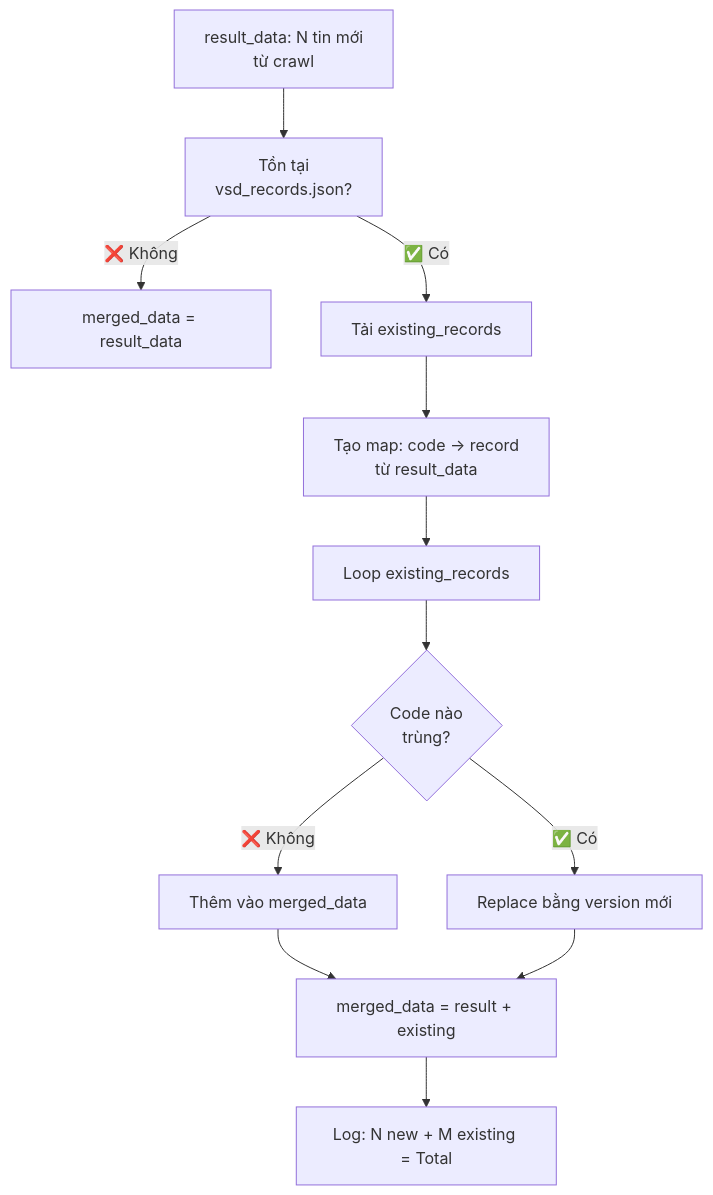
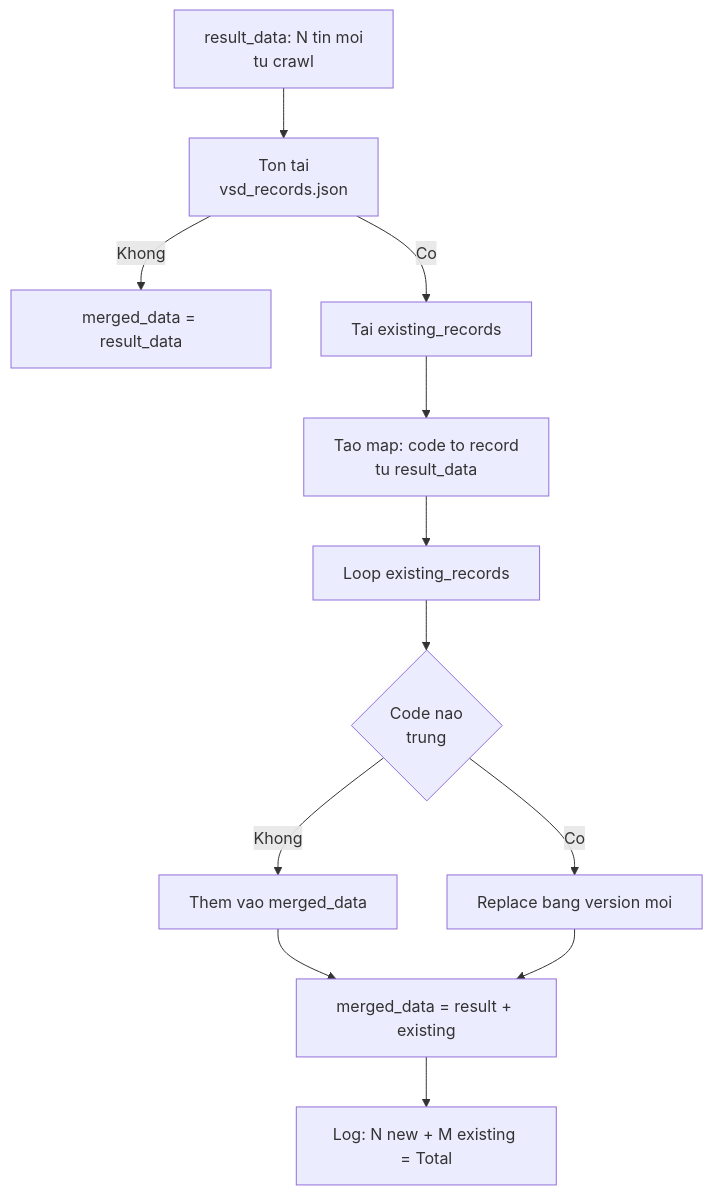
The fifth of 5 diagrams in FETCH_VSD_LOGIC.md (doanhieu1986/vps-automation-vhck), drawn with Mermaid before and after one commit. The commit also changed other lines of this file, not shown here.

Commit message:
update flow_id

````diff
--- a/FETCH_VSD_LOGIC.md
+++ b/FETCH_VSD_LOGIC.md
@@ -197,20 +194,20 @@
 ```mermaid
 flowchart TD
-    A["result_data: N tin mới<br/>từ crawl"] --> B["Tồn tại<br/>vsd_records.json?"]
-    B -->|❌ Không| C["merged_data = result_data"]
-    B -->|✅ Có| D["Tải existing_records"]
+    A[result_data: N tin moi<br/>tu crawl] --> B[Ton tai<br/>vsd_records.json]
+    B -->|Khong| C[merged_data = result_data]
+    B -->|Co| D[Tai existing_records]
     
-    D --> E["Tạo map: code → record<br/>từ result_data"]
+    D --> E[Tao map: code to record<br/>tu result_data]
     
-    E --> F["Loop existing_records"]
+    E --> F[Loop existing_records]
     
-    F --> G{"Code nào<br/>trùng?"}
+    F --> G{Code nao<br/>trung}
     
-    G -->|❌ Không| H["Thêm vào merged_data"]
-    G -->|✅ Có| I["Replace bằng version mới"]
+    G -->|Khong| H[Them vao merged_data]
+    G -->|Co| I[Replace bang version moi]
     
-    H --> J["merged_data = result + existing"]
+    H --> J[merged_data = result + existing]
     I --> J
     
-    J --> K["Log: N new + M existing = Total"]
+    J --> K[Log: N new + M existing = Total]
 ```
````
